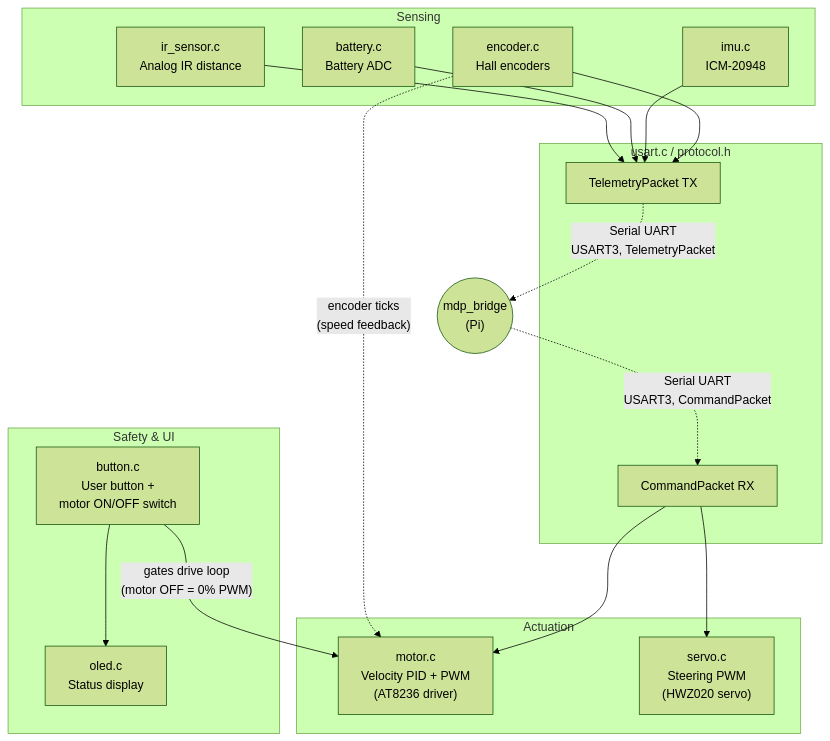
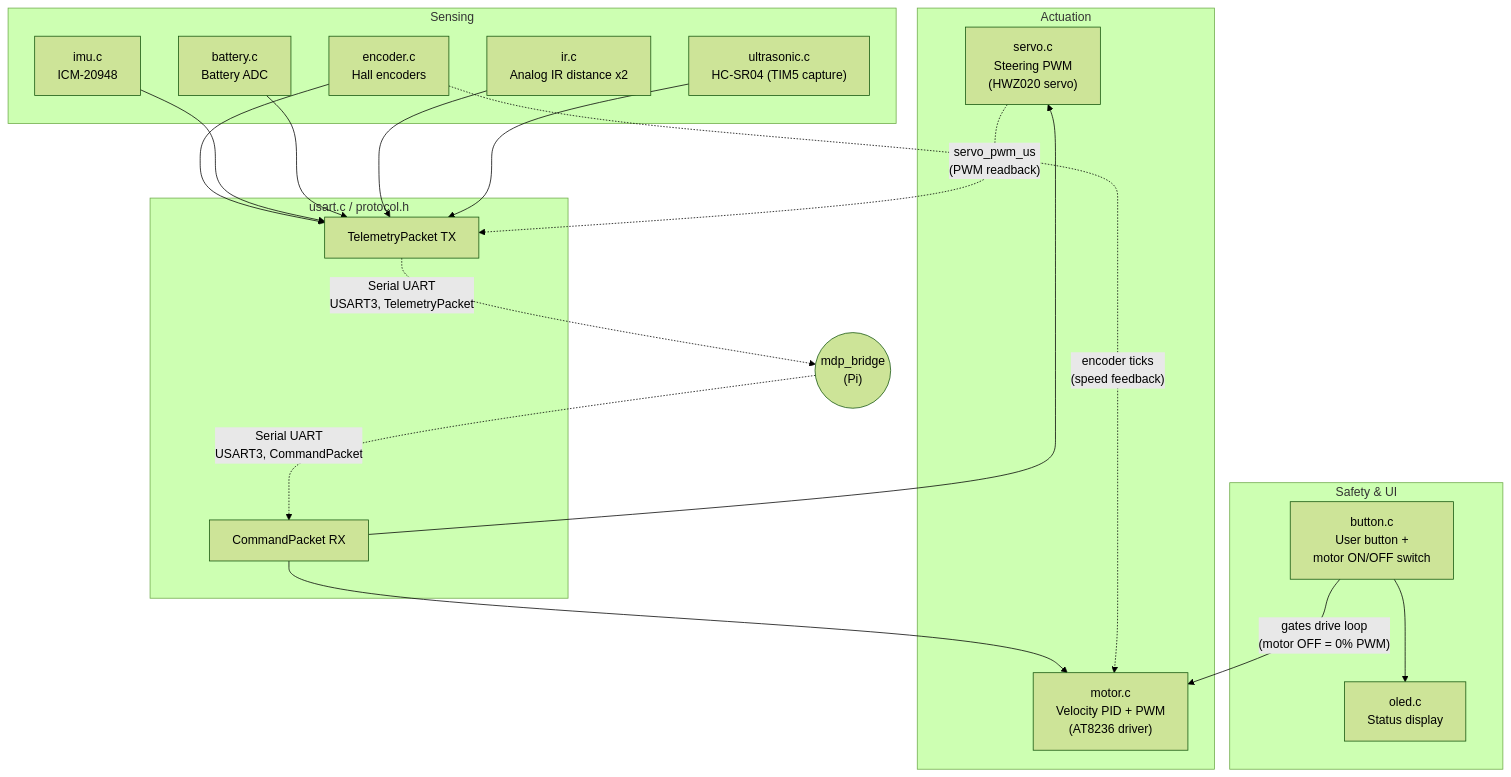
Before and after one commit to Alvin0523/mdp: the diagram in docs/stm32/index.md, drawn with Mermaid (forest theme). The commit also changed other lines of this file and 5 other files, not shown here.

Commit message:
Docs: STM32 telemetry packet, PID bench-tune results, simpler STM32 diagrams, steering-sign fix

````diff
--- a/docs/stm32/index.md
+++ b/docs/stm32/index.md
@@ -17,39 +17,42 @@
 ```mermaid
 graph TD
   subgraph ACTUATION["Actuation"]
     MOTOR["motor.c<br/>Velocity PID + PWM<br/>(AT8236 driver)"]
     SERVO["servo.c<br/>Steering PWM<br/>(HWZ020 servo)"]
   end
 
   subgraph SENSING["Sensing"]
-    IR["ir_sensor.c<br/>Analog IR distance"]
+    IR["ir.c<br/>Analog IR distance x2"]
+    US["ultrasonic.c<br/>HC-SR04 (TIM5 capture)"]
     ENC["encoder.c<br/>Hall encoders"]
     IMUD["imu.c<br/>ICM-20948"]
     BATT["battery.c<br/>Battery ADC"]
   end
 
   subgraph SAFETY["Safety & UI"]
     BTN["button.c<br/>User button +<br/>motor ON/OFF switch"]
     OLED["oled.c<br/>Status display"]
   end
 
   subgraph COMM["usart.c / protocol.h"]
     RX["CommandPacket RX"]
     TX["TelemetryPacket TX"]
   end
 
   BRIDGE(("mdp_bridge<br/>(Pi)"))
 
   BRIDGE -.->|"Serial UART<br/>USART3, CommandPacket"| RX
   RX --> MOTOR
   RX --> SERVO
   BTN -->|"gates drive loop<br/>(motor OFF = 0% PWM)"| MOTOR
   BTN --> OLED
 
   ENC -.->|"encoder ticks<br/>(speed feedback)"| MOTOR
   ENC --> TX
   IMUD --> TX
   BATT --> TX
   IR --> TX
+  US --> TX
+  SERVO -.->|"servo_pwm_us<br/>(PWM readback)"| TX
   TX -.->|"Serial UART<br/>USART3, TelemetryPacket"| BRIDGE
 ```
````
